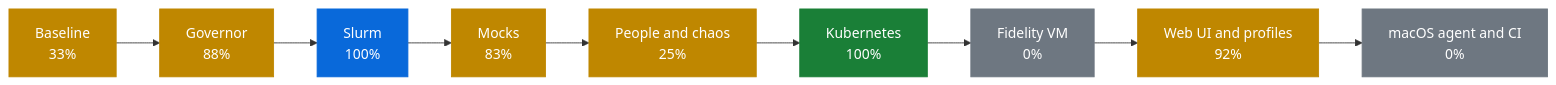
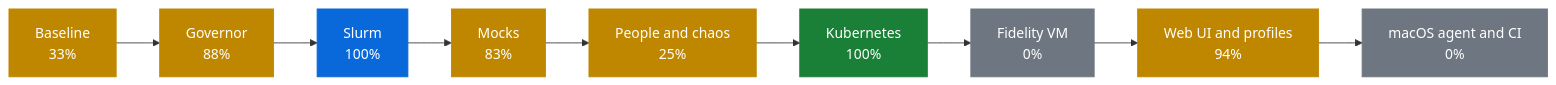
Before and after one commit to AhmedYousriSobhi/workbench: the first of 2 diagrams in docs/PROGRESS.md, drawn with Mermaid. The commit also changed other lines of this file and 10 other files, not shown here.

````diff
--- a/docs/PROGRESS.md
+++ b/docs/PROGRESS.md
@@ -10,17 +10,17 @@
 ```mermaid
 flowchart LR
     p0["Baseline<br/>33%"]:::partial
     p1["Governor<br/>88%"]:::partial
     p2["Slurm<br/>100%"]:::review
     p3["Mocks<br/>83%"]:::partial
     p4["People and chaos<br/>25%"]:::partial
     p5["Kubernetes<br/>100%"]:::done
     p6["Fidelity VM<br/>0%"]:::todo
-    p7["Web UI and profiles<br/>92%"]:::partial
+    p7["Web UI and profiles<br/>94%"]:::partial
     p8["macOS agent and CI<br/>0%"]:::todo
     p0 --> p1 --> p2 --> p3 --> p4 --> p5 --> p6 --> p7 --> p8
     classDef done fill:#1a7f37,stroke:#1a7f37,color:#fff
     classDef review fill:#0969da,stroke:#0969da,color:#fff
     classDef partial fill:#bf8700,stroke:#bf8700,color:#fff
     classDef todo fill:#6e7781,stroke:#6e7781,color:#fff
 ```
````
